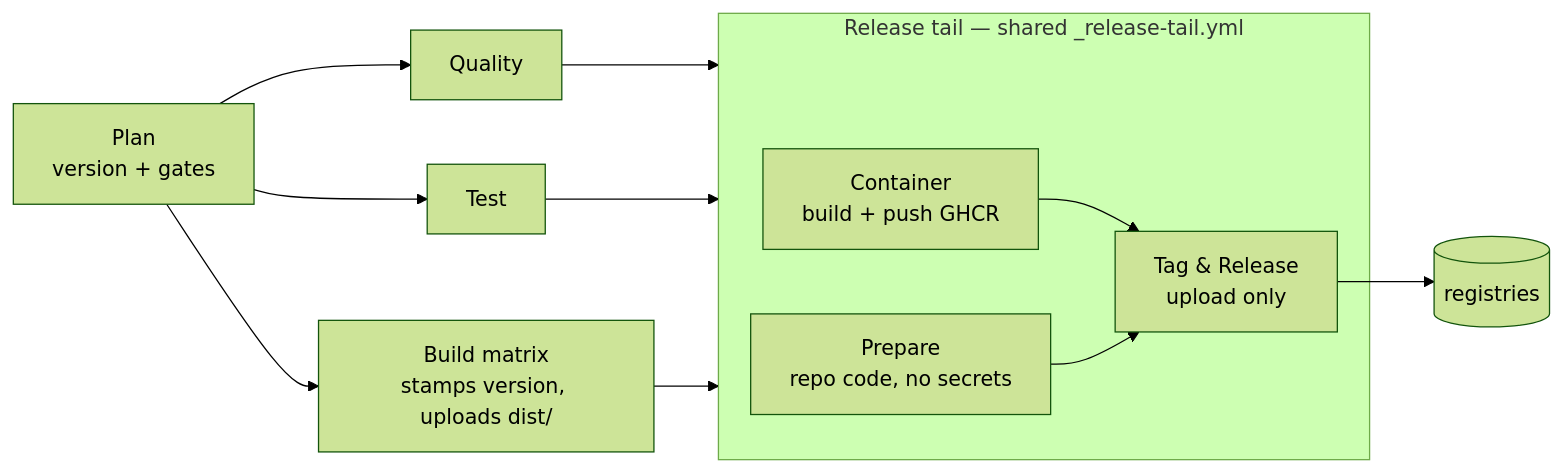
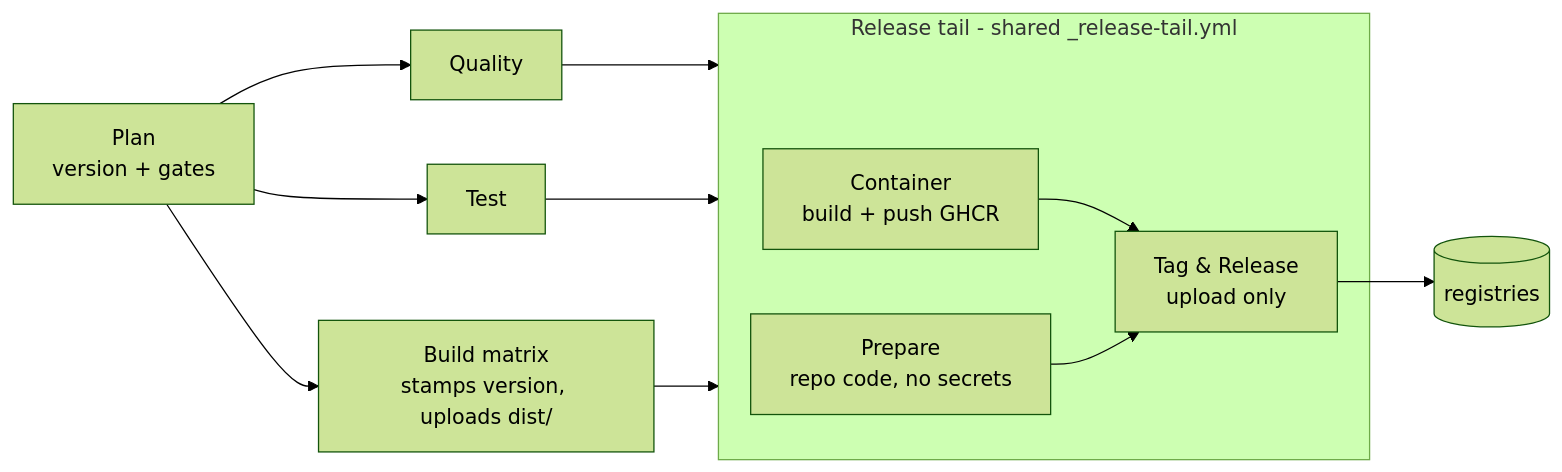
Before and after one commit to hyperi-io/hyperi-ci: the second of 6 diagrams in docs/flow.md, drawn with Mermaid (forest theme). The commit also changed other lines of this file and 1 other file, not shown here.

First line of the commit message:
docs: split release-on-demand out of flow.md and draw the release path

````diff
--- a/docs/flow.md
+++ b/docs/flow.md
@@ -38,14 +29,14 @@
 ```mermaid
 flowchart LR
     plan[Plan<br/>version + gates] --> quality[Quality]
     plan --> test[Test]
     plan --> build[Build matrix<br/>stamps version, uploads dist/]
     quality --> rt
     test --> rt
     build --> rt
-    subgraph rt[Release tail — shared _release-tail.yml]
+    subgraph rt["Release tail - shared _release-tail.yml"]
       container[Container<br/>build + push GHCR] --> tagpub[Tag & Release<br/>upload only]
       prepare[Prepare<br/>repo code, no secrets] --> tagpub
     end
     tagpub --> reg[(registries)]
 ```
````
